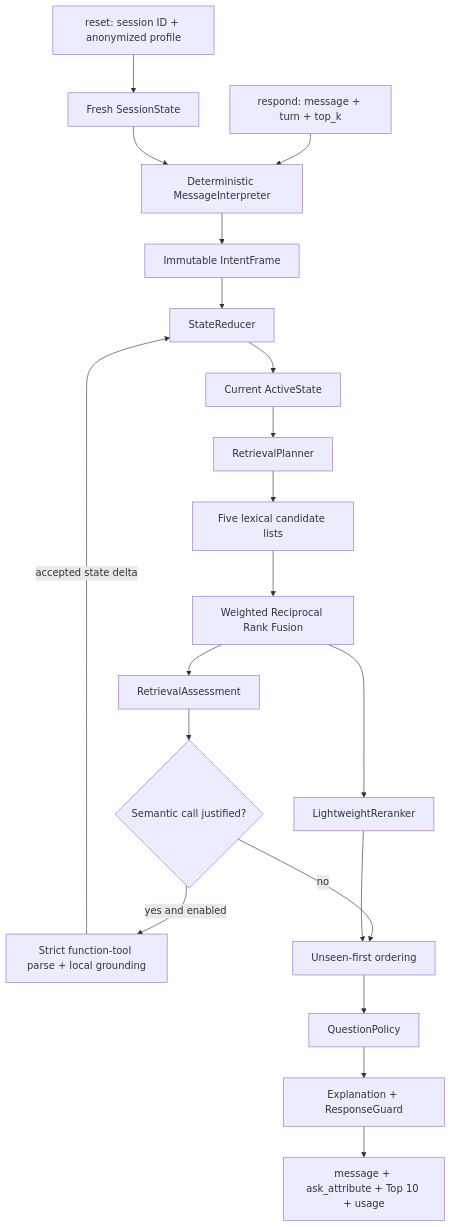
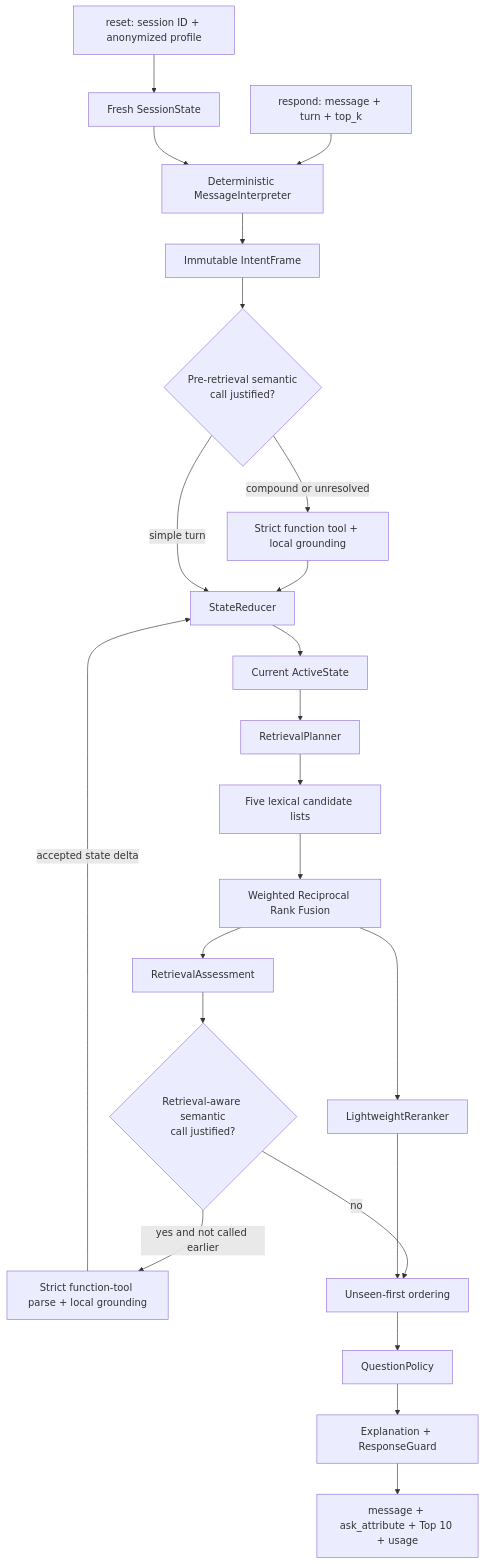
One commit to ash15khng/tiktok-techjam changed the diagram in docs/architecture.md. Above: the diagram before and after it, drawn with Mermaid. The commit also changed other lines of this file and 8 other files, not shown here.

Commit message:
document final semantic architecture and evidence

````diff
--- a/docs/architecture.md
+++ b/docs/architecture.md
@@ -70,22 +70,26 @@
 ```mermaid
 flowchart TD
     A[reset: session ID + anonymized profile] --> B[Fresh SessionState]
     C[respond: message + turn + top_k] --> D[Deterministic MessageInterpreter]
     B --> D
     D --> E[Immutable IntentFrame]
-    E --> F[StateReducer]
+    E --> S{Pre-retrieval semantic<br/>call justified?}
+    S -- compound or unresolved --> T[Strict function tool + local grounding]
+    T --> F
+    S -- simple turn --> F
+    F[StateReducer]
     F --> G[Current ActiveState]
     G --> H[RetrievalPlanner]
     H --> I[Five lexical candidate lists]
     I --> J[Weighted Reciprocal Rank Fusion]
     J --> K[RetrievalAssessment]
     J --> L[LightweightReranker]
-    K --> M{Semantic call justified?}
-    M -- yes and enabled --> N[Strict function-tool parse + local grounding]
+    K --> M{Retrieval-aware semantic<br/>call justified?}
+    M -- yes and not called earlier --> N[Strict function-tool parse + local grounding]
     N -->|accepted state delta| F
     M -- no --> O[Unseen-first ordering]
     L --> O
     O --> P[QuestionPolicy]
     P --> Q[Explanation + ResponseGuard]
     Q --> R[message + ask_attribute + Top 10 + usage]
 ```
````
